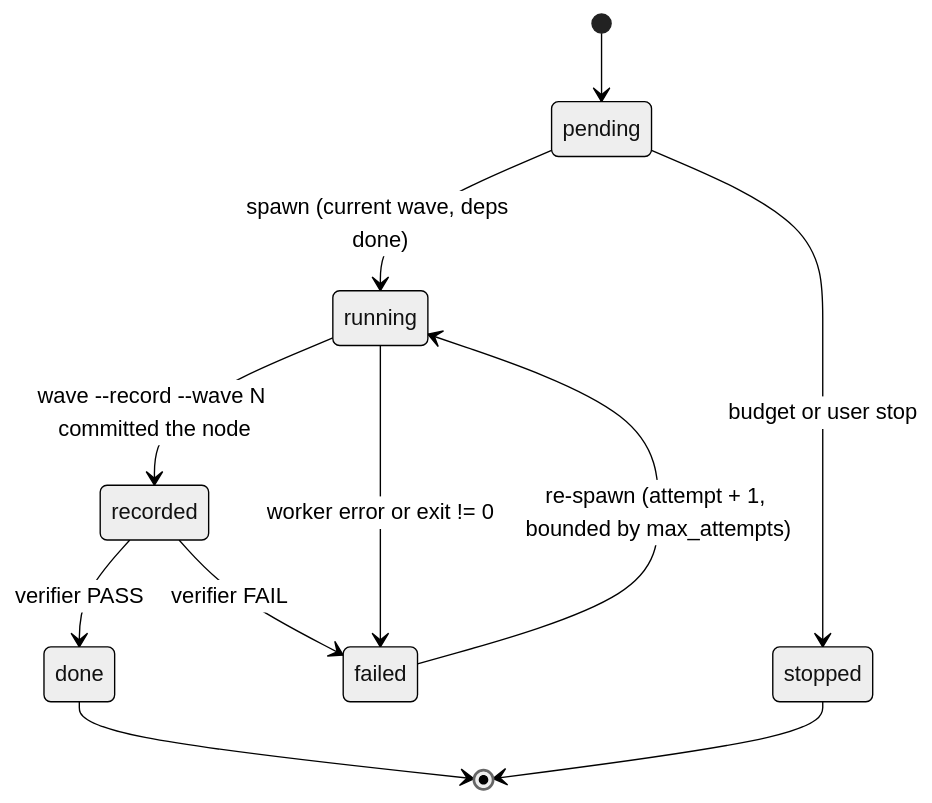
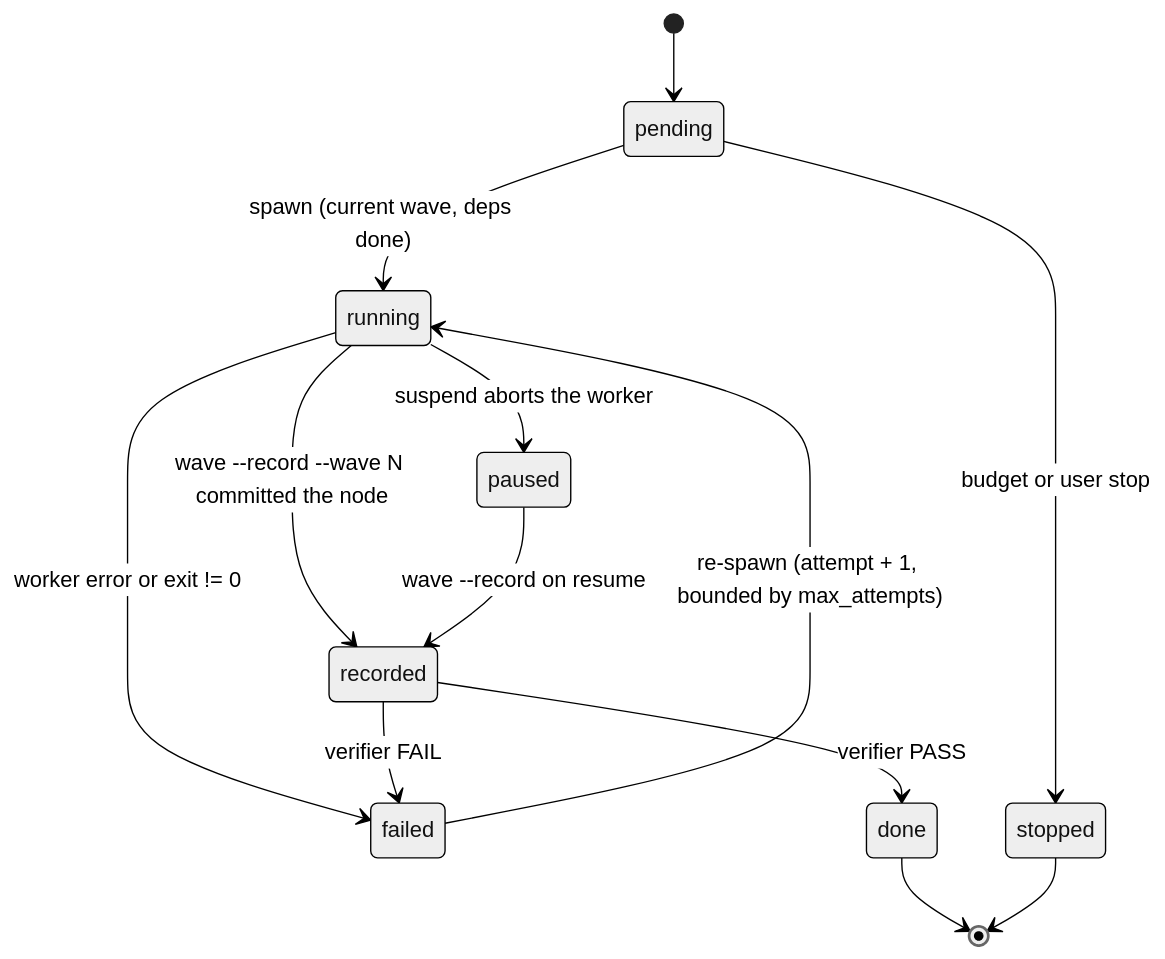
One commit to ming6ao/sliceme changed the tenth of 10 diagrams in docs/architecture.md. Above: the diagram before and after it, drawn with Mermaid (neutral theme). The commit also changed other lines of this file and 12 other files, not shown here.

````diff
--- a/docs/architecture.md
+++ b/docs/architecture.md
@@ -445,13 +453,15 @@
 ```mermaid
 stateDiagram-v2
   [*] --> pending
   pending --> running: spawn (current wave, deps done)
   running --> recorded: wave --record --wave N committed the node
   running --> failed: worker error or exit != 0
+  running --> paused: suspend aborts the worker
+  paused --> recorded: wave --record on resume
   recorded --> done: verifier PASS
   recorded --> failed: verifier FAIL
   failed --> running: re-spawn (attempt + 1, bounded by max_attempts)
   pending --> stopped: budget or user stop
   done --> [*]
   stopped --> [*]
 ```
````
